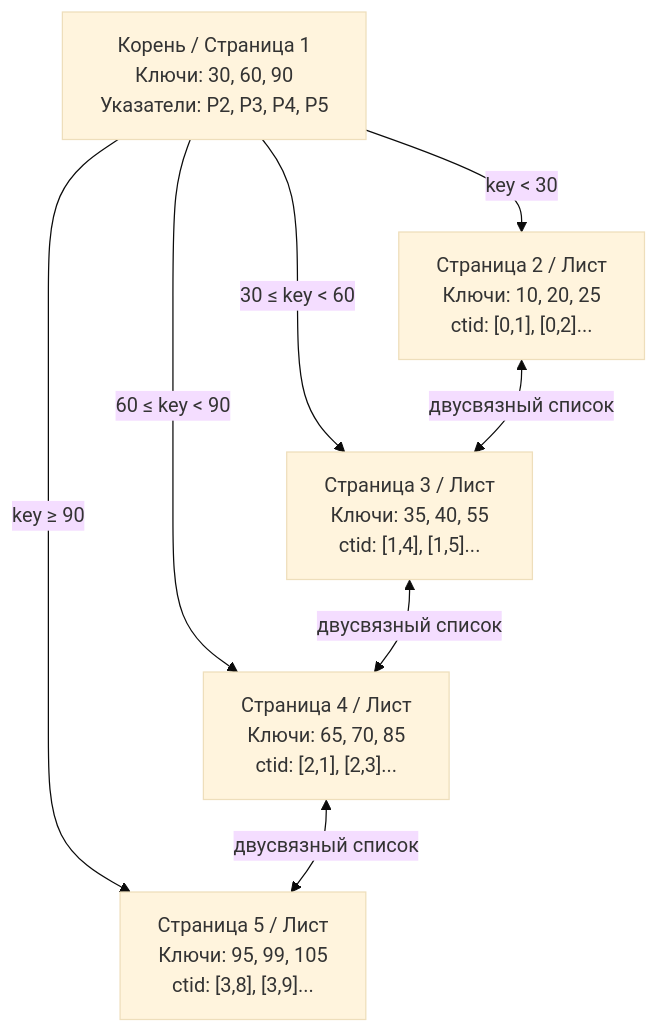
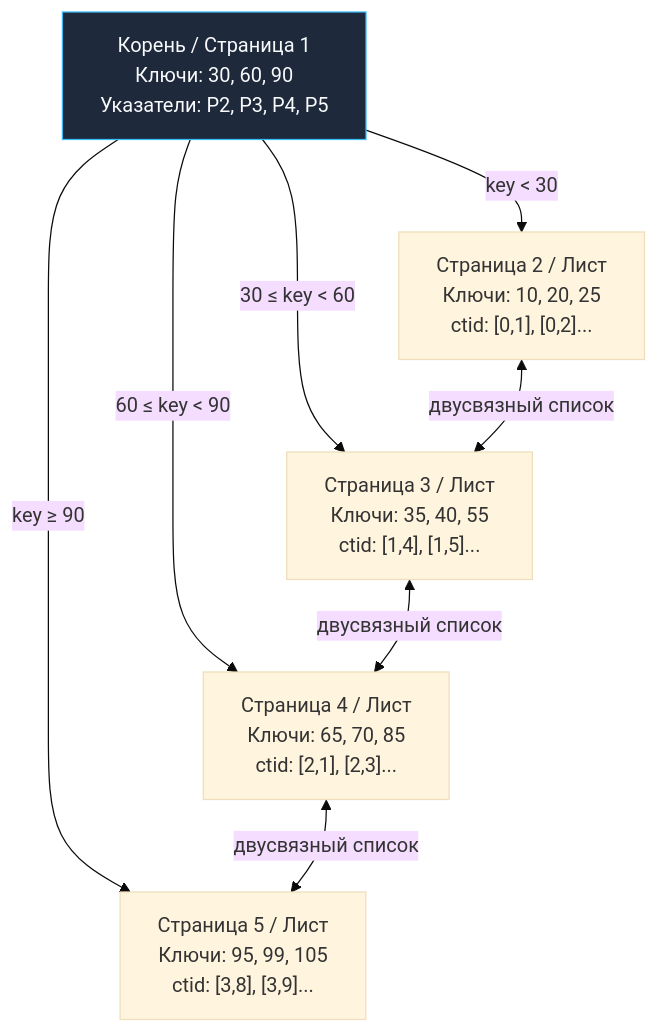
One commit to UnrealTemplier/go-textbook changed the diagram in sources/12. Базы данных/04. Индексы и производительность/2. B Tree индекс под капотом.md. Above: the diagram before and after it, drawn with Mermaid (base theme). The commit also changed 1666 other files, not shown here.

First line of the commit message:
feat(mermaid): add semantic color classDef to 1369 colorless flowchart/graph diagrams

````diff
--- a/sources/12. Базы данных/04. Индексы и производительность/2. B Tree индекс под капотом.md
+++ b/sources/12. Базы данных/04. Индексы и производительность/2. B Tree индекс под капотом.md
@@ -60,17 +60,27 @@
 ```mermaid
 flowchart TD
-    Root["Корень / Страница 1<br>Ключи: 30, 60, 90<br>Указатели: P2, P3, P4, P5"]
+    classDef process  fill:#1e293b,stroke:#38bdf8,stroke-width:1px,color:#f8fafc
+    classDef success  fill:#064e3b,stroke:#34d399,stroke-width:1px,color:#f8fafc
+    classDef error    fill:#7f1d1d,stroke:#f87171,stroke-width:1px,color:#f8fafc
+    classDef warning  fill:#78350f,stroke:#fbbf24,stroke-width:1px,color:#f8fafc
+    classDef entry    fill:#1e3a5f,stroke:#38bdf8,stroke-width:2px,color:#f8fafc
+    classDef aux      fill:#334155,stroke:#64748b,stroke-width:1px,color:#f8fafc
+    classDef system   fill:#312e81,stroke:#a78bfa,stroke-width:1px,color:#f8fafc
+    classDef data     fill:#132d29,stroke:#2dd4bf,stroke-width:1px,color:#f8fafc
+    classDef network  fill:#881337,stroke:#fb7185,stroke-width:1px,color:#f8fafc
+    classDef accent   fill:#1e1b4b,stroke:#818cf8,stroke-width:1px,color:#f8fafc
+    Root["Корень / Страница 1<br>Ключи: 30, 60, 90<br>Указатели: P2, P3, P4, P5"]:::process
     L1["Страница 2 / Лист<br>Ключи: 10, 20, 25<br>ctid: [0,1], [0,2]..."]
     L2["Страница 3 / Лист<br>Ключи: 35, 40, 55<br>ctid: [1,4], [1,5]..."]
     L3["Страница 4 / Лист<br>Ключи: 65, 70, 85<br>ctid: [2,1], [2,3]..."]
     L4["Страница 5 / Лист<br>Ключи: 95, 99, 105<br>ctid: [3,8], [3,9]..."]
     
     Root -->|"key < 30"| L1
     Root -->|"30 ≤ key < 60"| L2
     Root -->|"60 ≤ key < 90"| L3
     Root -->|"key ≥ 90"| L4
     
     L1 <-->|"двусвязный список"| L2
     L2 <-->|"двусвязный список"| L3
     L3 <-->|"двусвязный список"| L4
 ```
````
